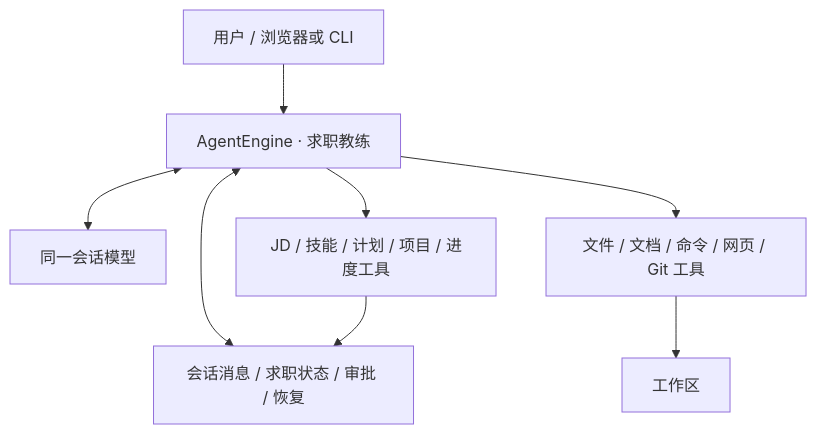
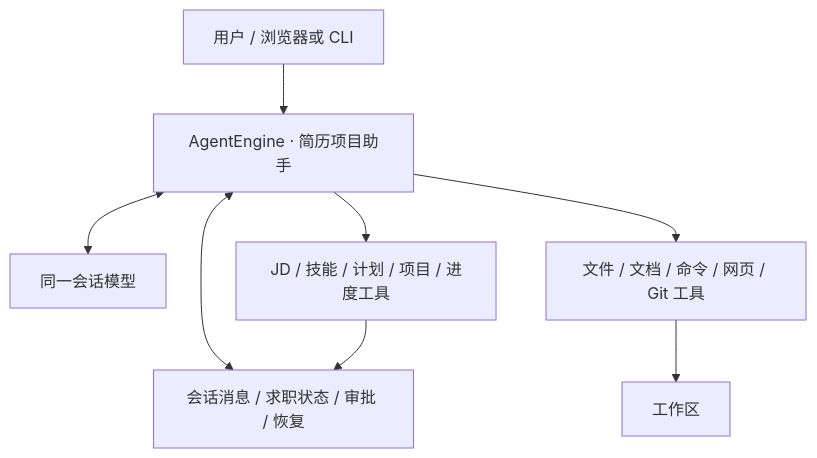
Before and after one commit to cc6554/project-assistant: the first of 2 diagrams in docs/architecture.md, drawn with Mermaid. The commit also changed other lines of this file and 60 other files, not shown here.

````diff
--- a/docs/architecture.md
+++ b/docs/architecture.md
@@ -5,10 +5,10 @@
 ```mermaid
 flowchart TD
-    User[用户 / 浏览器或 CLI] --> Engine[AgentEngine · 求职教练]
+    User[用户 / 浏览器或 CLI] --> Engine[AgentEngine · 简历项目助手]
     Engine <--> Model[同一会话模型]
     Engine <--> State[会话消息 / 求职状态 / 审批 / 恢复]
     Engine --> JobTools[JD / 技能 / 计划 / 项目 / 进度工具]
     Engine --> WorkspaceTools[文件 / 文档 / 命令 / 网页 / Git 工具]
     JobTools --> State
     WorkspaceTools --> Workspace[工作区]
 ```
````
